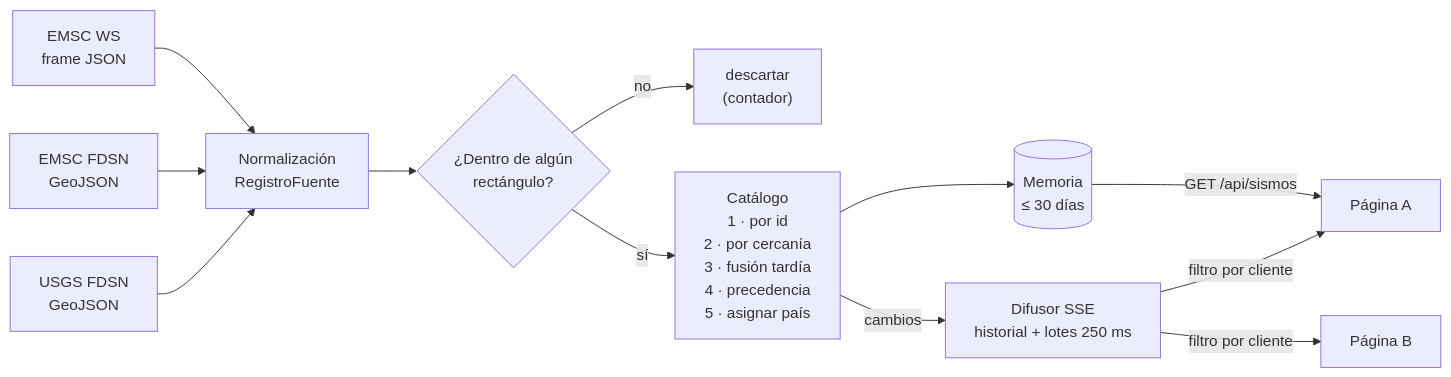
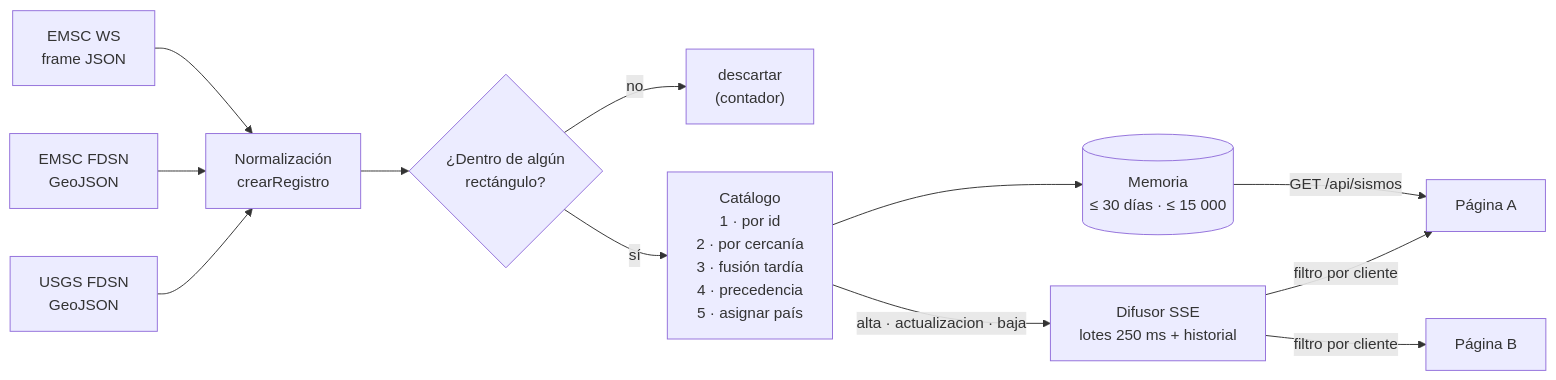
Before and after one commit to wpadillav/monitor_riesgos_naturales: the fourth of 6 diagrams in docs/01-arquitectura.md, drawn with Mermaid. The commit also changed other lines of this file, not shown here.

````diff
--- a/docs/01-arquitectura.md
+++ b/docs/01-arquitectura.md
@@ -204,14 +242,14 @@
 ```mermaid
 flowchart LR
   A1["EMSC WS<br/>frame JSON"] --> N
   A2["EMSC FDSN<br/>GeoJSON"] --> N
   A3["USGS FDSN<br/>GeoJSON"] --> N
-  N["Normalización<br/>RegistroFuente"] --> R{"¿Dentro de algún<br/>rectángulo?"}
+  N["Normalización<br/>crearRegistro"] --> R{"¿Dentro de algún<br/>rectángulo?"}
   R -- no --> X["descartar<br/>(contador)"]
   R -- sí --> C["Catálogo<br/>1 · por id<br/>2 · por cercanía<br/>3 · fusión tardía<br/>4 · precedencia<br/>5 · asignar país"]
-  C --> M[("Memoria<br/>≤ 30 días")]
-  C -- "cambios" --> D["Difusor SSE<br/>historial + lotes 250 ms"]
+  C --> M[("Memoria<br/>≤ 30 días · ≤ 15 000")]
+  C -- "alta · actualizacion · baja" --> D["Difusor SSE<br/>lotes 250 ms + historial"]
   D -- "filtro por cliente" --> P1["Página A"]
   D -- "filtro por cliente" --> P2["Página B"]
   M -- "GET /api/sismos" --> P1
 ```
````
